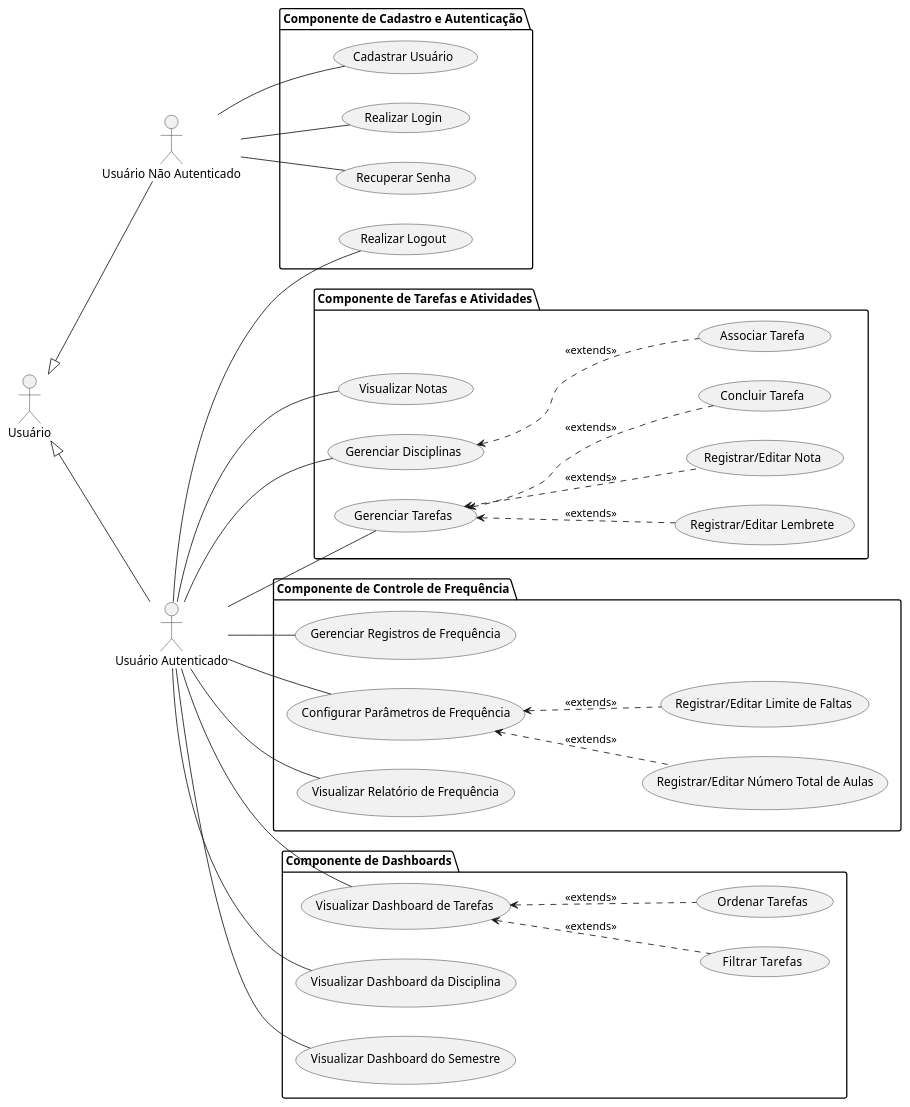
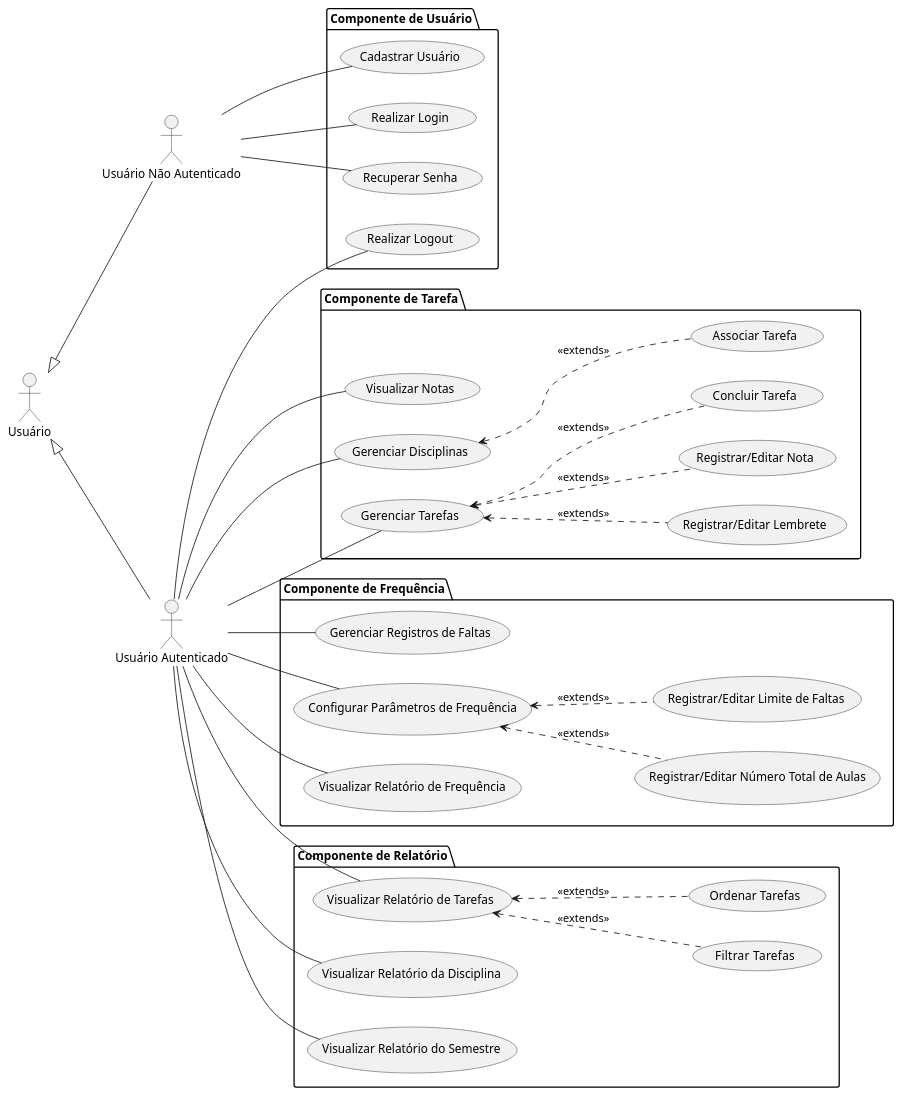
One commit to fcolona/ProjetoFinalAPOO changed the diagram in casos_de_uso.puml. Above: the diagram before and after it, drawn with PlantUML. The commit also changed 1 other file, not shown here.

```diff
--- a/casos_de_uso.puml
+++ b/casos_de_uso.puml
@@ -1,73 +1,73 @@
 @startuml "Projeto Final Refinado"
 left to right direction
 
 actor :Usuário: as gen
 actor :Usuário Não Autenticado: as anom
 actor :Usuário Autenticado: as user
 
 gen <|-- anom
 gen <|-- user
 
-package "Componente de Cadastro e Autenticação" {
+package "Componente de Usuário" {
     usecase "Cadastrar Usuário" as uc_registration
     usecase "Realizar Login" as uc_login
     usecase "Realizar Logout" as uc_logout
     usecase "Recuperar Senha" as uc_forgot_pass
 }
 anom -- uc_registration
 anom -- uc_login
 anom -- uc_forgot_pass
 user -- uc_logout
 
 
-package "Componente de Tarefas e Atividades" {
+package "Componente de Tarefa" {
     usecase "Visualizar Notas" as uc_view_grades
 
     usecase "Gerenciar Disciplinas" as uc_disc
     usecase "Associar Tarefa" as uc_association
     
     usecase "Gerenciar Tarefas" as uc_task
     usecase "Registrar/Editar Lembrete" as uc_reminder
     usecase "Registrar/Editar Nota" as uc_grade
     usecase "Concluir Tarefa" as uc_done
     
     uc_task <.. uc_reminder : <<extends>>
     uc_task <.. uc_grade : <<extends>>
     uc_task <.. uc_done : <<extends>>
     uc_disc <.. uc_association : <<extends>>
 }
 user -- uc_disc
 user -- uc_task
 user -- uc_view_grades
 
 
-package "Componente de Controle de Frequência" {
-    usecase "Gerenciar Registros de Frequência" as uc_freq
+package "Componente de Frequência" {
+    usecase "Gerenciar Registros de Faltas" as uc_freq
     usecase "Configurar Parâmetros de Frequência" as uc_config_freq
     usecase "Registrar/Editar Número Total de Aulas" as uc_classes
     usecase "Registrar/Editar Limite de Faltas" as uc_freq_limit
     usecase "Visualizar Relatório de Frequência" as uc_freq_dashboard
 
     uc_config_freq <.. uc_classes : <<extends>>
     uc_config_freq <.. uc_freq_limit : <<extends>>
 }
 user -- uc_freq
 user -- uc_freq_dashboard
 user -- uc_config_freq
 
 
-package "Componente de Dashboards" {
-    usecase "Visualizar Dashboard de Tarefas" as uc_view_tasks
+package "Componente de Relatório" {
+    usecase "Visualizar Relatório de Tarefas" as uc_view_tasks
     usecase "Filtrar  Tarefas" as uc_filter_tasks
     usecase "Ordenar Tarefas" as uc_order_tasks
-    usecase "Visualizar Dashboard da Disciplina" as uc_view_disc
-    usecase "Visualizar Dashboard do Semestre" as uc_view_semester
+    usecase "Visualizar Relatório da Disciplina" as uc_view_disc
+    usecase "Visualizar Relatório do Semestre" as uc_view_semester
 
     uc_view_tasks <.. uc_filter_tasks : <<extends>>
     uc_view_tasks <.. uc_order_tasks : <<extends>>
 }
 user -- uc_view_tasks
 user -- uc_view_disc
 user -- uc_view_semester
 
 @enduml
```
